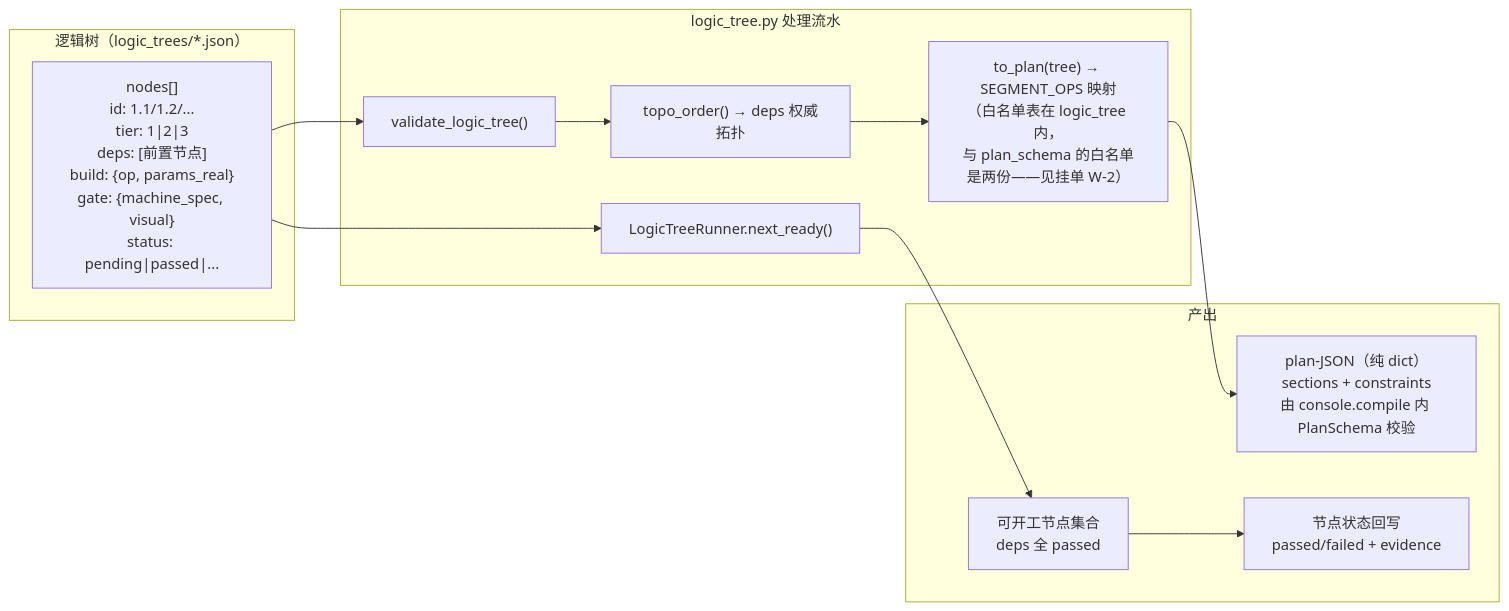
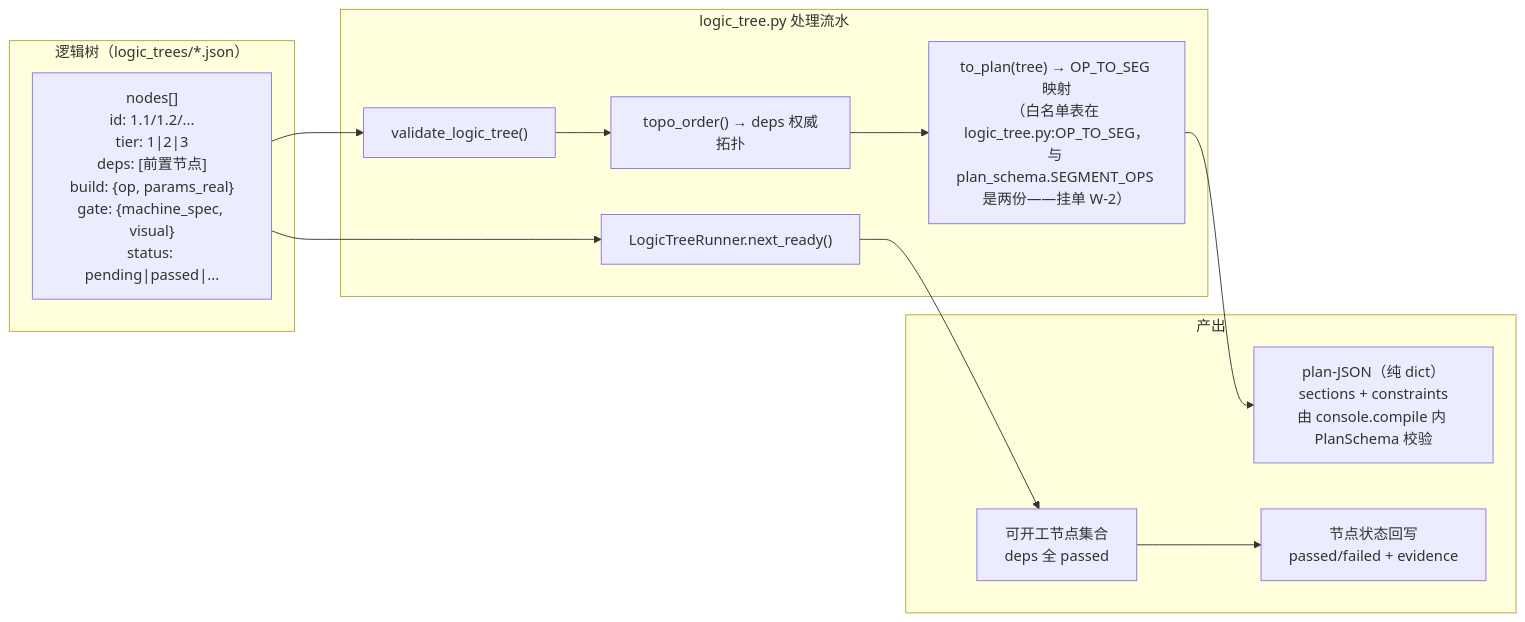
The fifth of 7 diagrams in docs/architecture/architecture_diagrams.md (master666-max/blender-ai-console), drawn with Mermaid before and after one commit. The commit also changed other lines of this file, not shown here.

First line of the commit message:
docs: 图→代码反向审计——7 图逐图实证，揪出 4 处图实偏差并修 + 新挂单 W-6/W-7/W-8

````diff
--- a/docs/architecture/architecture_diagrams.md
+++ b/docs/architecture/architecture_diagrams.md
@@ -295,27 +296,27 @@
 ```mermaid
 graph LR
     subgraph TREE["逻辑树（logic_trees/*.json）"]
         NODE["nodes[]<br/>id: 1.1/1.2/...<br/>tier: 1|2|3<br/>deps: [前置节点]<br/>build: {op, params_real}<br/>gate: {machine_spec, visual}<br/>status: pending|passed|..."]
     end
 
     subgraph FLOW["logic_tree.py 处理流水"]
         LT_VALIDATE["validate_logic_tree()"]
         LT_TOPO["topo_order() → deps 权威拓扑"]
-        LT_TOPLAN["to_plan(tree) → SEGMENT_OPS 映射<br/>（白名单表在 logic_tree 内，<br/>与 plan_schema 的白名单是两份——见挂单 W-2）"]
+        LT_TOPLAN["to_plan(tree) → OP_TO_SEG 映射<br/>（白名单表在 logic_tree.py:OP_TO_SEG，<br/>与 plan_schema.SEGMENT_OPS 是两份——挂单 W-2）"]
         LT_RUNNER["LogicTreeRunner.next_ready()"]
     end
 
     subgraph OUT["产出"]
         PLAN["plan-JSON（纯 dict）<br/>sections + constraints<br/>由 console.compile 内 PlanSchema 校验"]
         READY["可开工节点集合<br/>deps 全 passed"]
         STATUS["节点状态回写<br/>passed/failed + evidence"]
     end
 
     NODE --> LT_VALIDATE
     LT_VALIDATE --> LT_TOPO
     LT_TOPO --> LT_TOPLAN
     LT_TOPLAN --> PLAN
     NODE --> LT_RUNNER
     LT_RUNNER --> READY
     READY --> STATUS
 ```
````
